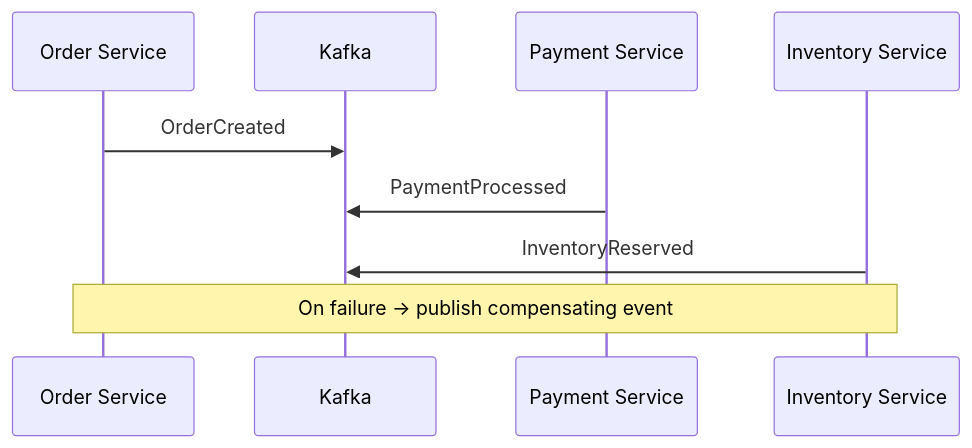
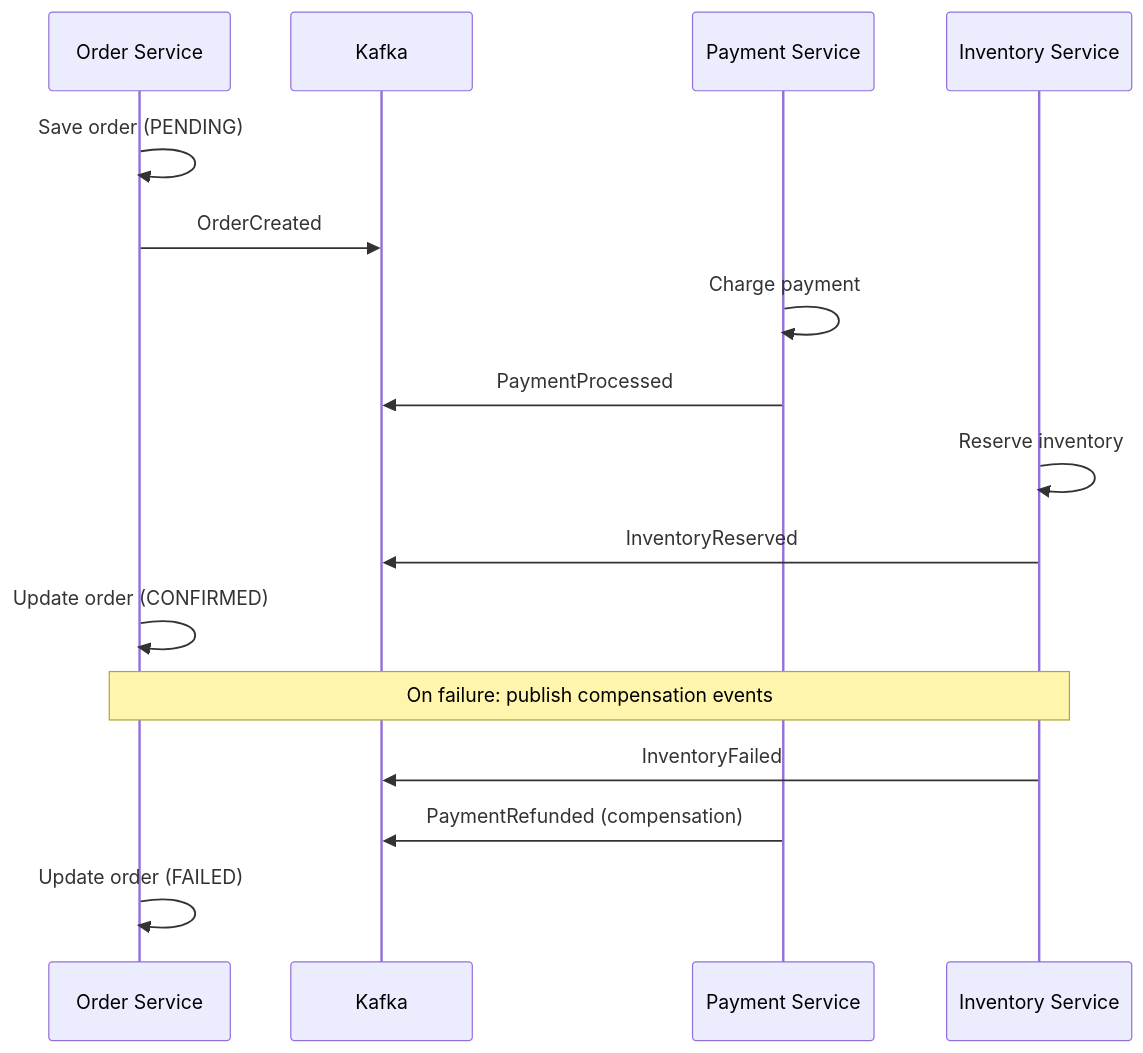
Before and after one commit to jether2011/interview-questions: the seventh of 11 diagrams in microservices-patterns.md, drawn with Mermaid. The commit also changed other lines of this file and 13 other files, not shown here.

````diff
--- a/microservices-patterns.md
+++ b/microservices-patterns.md
@@ -179,12 +355,20 @@
 ```mermaid
 sequenceDiagram
     participant OS as Order Service
     participant Kafka
     participant PS as Payment Service
     participant IS as Inventory Service
 
+    OS->>OS: Save order (PENDING)
     OS->>Kafka: OrderCreated
+    PS->>PS: Charge payment
     PS->>Kafka: PaymentProcessed
+    IS->>IS: Reserve inventory
     IS->>Kafka: InventoryReserved
-    Note over OS,IS: On failure → publish compensating event
+    OS->>OS: Update order (CONFIRMED)
+
+    Note over OS,IS: On failure: publish compensation events
+    IS->>Kafka: InventoryFailed
+    PS->>Kafka: PaymentRefunded (compensation)
+    OS->>OS: Update order (FAILED)
 ```
````
